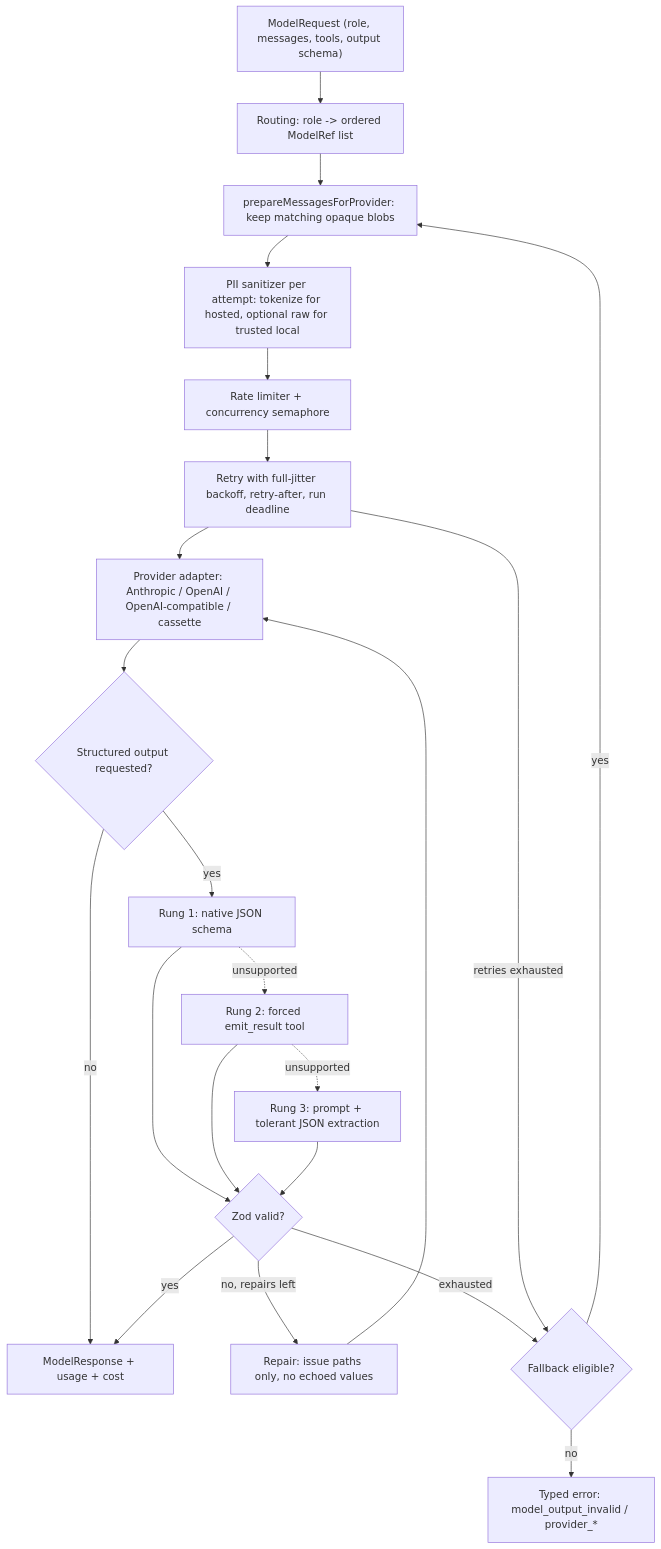
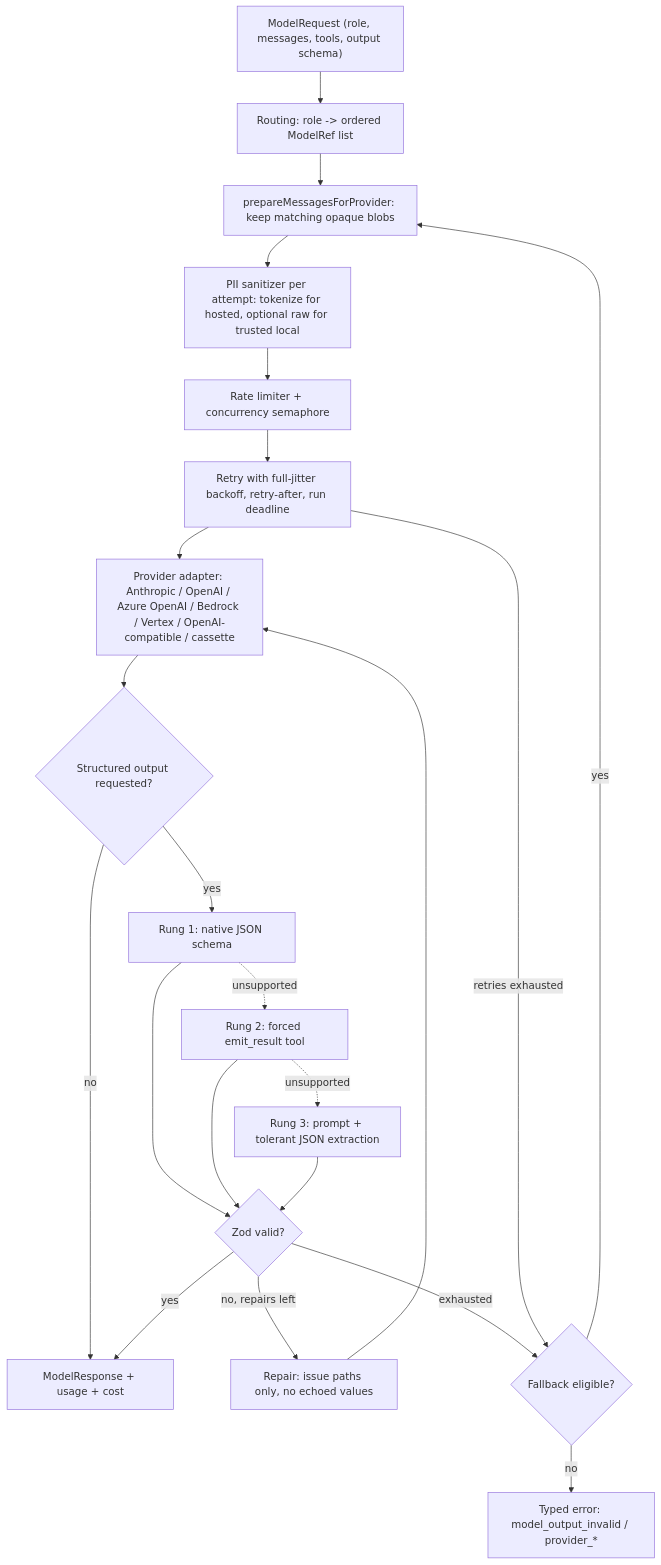
Before and after one commit to Rovinos-AI/rovinos-ai-harness: the fifth of 18 diagrams in README.md, drawn with Mermaid. The commit also changed other lines of this file and 40 other files, not shown here.

````diff
--- a/README.md
+++ b/README.md
@@ -303,24 +325,24 @@
 ```mermaid
 flowchart TD
   REQ["ModelRequest (role, messages, tools, output schema)"] --> ROUTE["Routing: role -> ordered ModelRef list"]
   ROUTE --> PREP["prepareMessagesForProvider: keep matching opaque blobs"]
   PREP --> SAN["PII sanitizer per attempt: tokenize for hosted, optional raw for trusted local"]
   SAN --> LIM["Rate limiter + concurrency semaphore"]
   LIM --> RET["Retry with full-jitter backoff, retry-after, run deadline"]
-  RET --> ADP["Provider adapter: Anthropic / OpenAI / OpenAI-compatible / cassette"]
+  RET --> ADP["Provider adapter: Anthropic / OpenAI / Azure OpenAI / Bedrock / Vertex / OpenAI-compatible / cassette"]
   ADP --> ENF{"Structured output requested?"}
   ENF -- no --> RESP["ModelResponse + usage + cost"]
   ENF -- yes --> R1["Rung 1: native JSON schema"]
   R1 -. unsupported .-> R2["Rung 2: forced emit_result tool"]
   R2 -. unsupported .-> R3["Rung 3: prompt + tolerant JSON extraction"]
   R1 --> VAL{"Zod valid?"}
   R2 --> VAL
   R3 --> VAL
   VAL -- yes --> RESP
   VAL -- "no, repairs left" --> REP["Repair: issue paths only, no echoed values"]
   REP --> ADP
   VAL -- exhausted --> FB{"Fallback eligible?"}
   RET -- "retries exhausted" --> FB
   FB -- yes --> PREP
   FB -- no --> ERR["Typed error: model_output_invalid / provider_*"]
 ```
````
